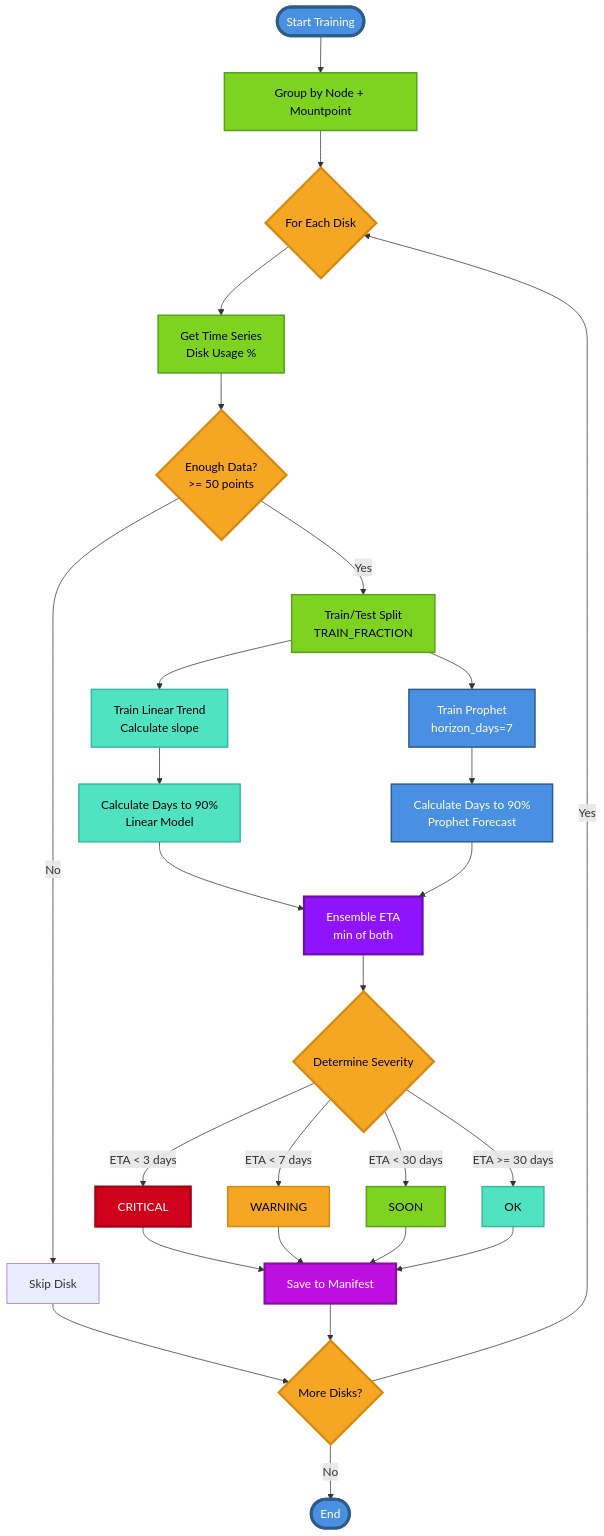
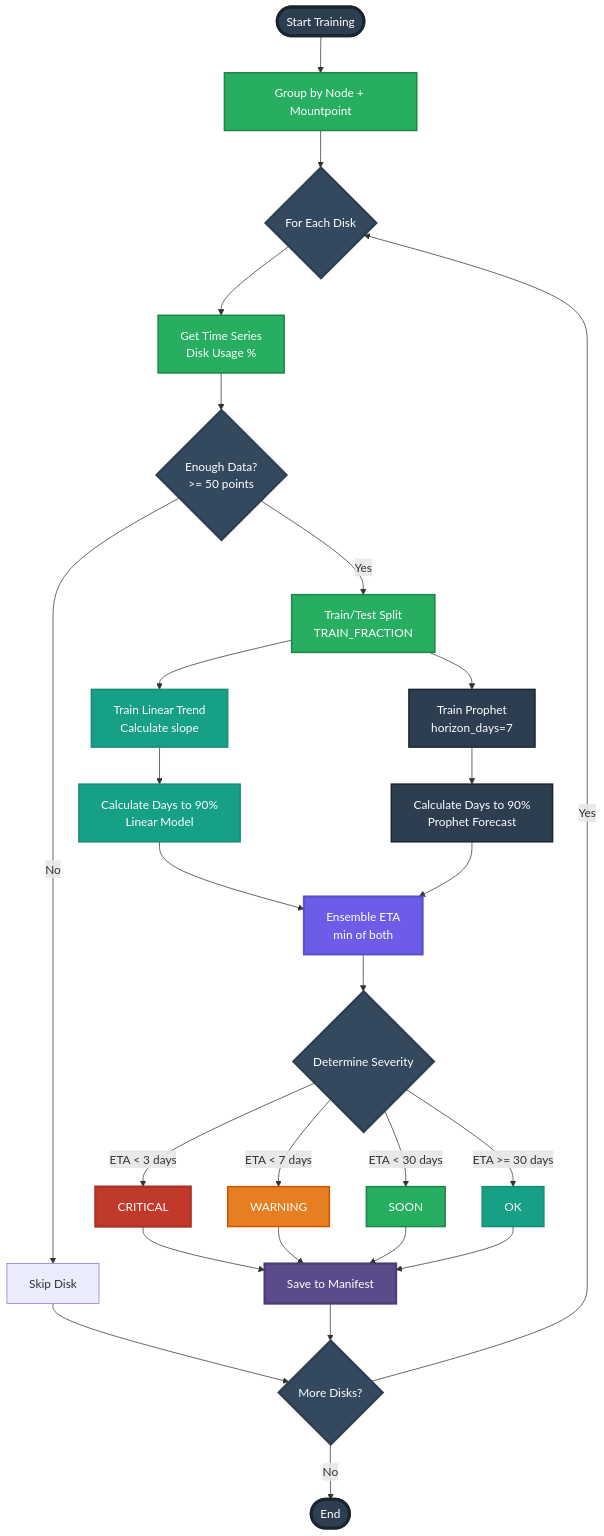
One commit to k8sautom8/metrics-ml changed the fifth of 11 diagrams in Docs/VISUAL_ARCHITECTURE_GUIDE.md. Above: the diagram before and after it, drawn with Mermaid. The commit also changed other lines of this file, not shown here.

````diff
--- a/Docs/VISUAL_ARCHITECTURE_GUIDE.md
+++ b/Docs/VISUAL_ARCHITECTURE_GUIDE.md
@@ -362,61 +363,61 @@
 ```mermaid
 flowchart TD
     Start([Start Training]) --> Group[Group by Node + Mountpoint]
     
     Group --> ForEach{For Each Disk}
     
     ForEach --> Data[Get Time Series<br/>Disk Usage %]
     
     Data --> Check{Enough Data?<br/>>= 50 points}
     Check -->|No| Skip[Skip Disk]
     Check -->|Yes| Split[Train/Test Split<br/>TRAIN_FRACTION]
     
     Split --> Linear[Train Linear Trend<br/>Calculate slope]
     Split --> Prophet[Train Prophet<br/>horizon_days=7]
     
     Linear --> LinearETA[Calculate Days to 90%<br/>Linear Model]
     Prophet --> ProphetETA[Calculate Days to 90%<br/>Prophet Forecast]
     
     LinearETA --> EnsembleETA[Ensemble ETA<br/>min of both]
     ProphetETA --> EnsembleETA
     
     EnsembleETA --> Severity{Determine Severity}
     Severity -->|ETA < 3 days| Critical[CRITICAL]
     Severity -->|ETA < 7 days| Warning[WARNING]
     Severity -->|ETA < 30 days| Soon[SOON]
     Severity -->|ETA >= 30 days| OK[OK]
     
     Critical --> Save[Save to Manifest]
     Warning --> Save
     Soon --> Save
     OK --> Save
     Skip --> Next{More Disks?}
     Save --> Next
     
     Next -->|Yes| ForEach
     Next -->|No| End([End])
     
-    classDef startEnd fill:#4A90E2,stroke:#2E5C8A,stroke-width:4px,color:#fff
-    classDef process fill:#7ED321,stroke:#5A9F1A,stroke-width:2px,color:#000
-    classDef decision fill:#F5A623,stroke:#D68910,stroke-width:3px,color:#000
-    classDef prophet fill:#4A90E2,stroke:#2E5C8A,stroke-width:2px,color:#fff
-    classDef linear fill:#50E3C2,stroke:#3AB89F,stroke-width:2px,color:#000
-    classDef ensemble fill:#9013FE,stroke:#6A0DAD,stroke-width:3px,color:#fff
-    classDef critical fill:#D0021B,stroke:#A00115,stroke-width:3px,color:#fff
-    classDef warning fill:#F5A623,stroke:#D68910,stroke-width:2px,color:#000
-    classDef soon fill:#7ED321,stroke:#5A9F1A,stroke-width:2px,color:#000
-    classDef ok fill:#50E3C2,stroke:#3AB89F,stroke-width:2px,color:#000
-    classDef save fill:#BD10E0,stroke:#8B0DA8,stroke-width:3px,color:#fff
+    classDef startEnd fill:#2C3E50,stroke:#1A252F,stroke-width:4px,color:#fff
+    classDef process fill:#27AE60,stroke:#1E8449,stroke-width:2px,color:#fff
+    classDef decision fill:#34495E,stroke:#2C3E50,stroke-width:3px,color:#fff
+    classDef prophet fill:#2C3E50,stroke:#1A252F,stroke-width:2px,color:#fff
+    classDef linear fill:#16A085,stroke:#138D75,stroke-width:2px,color:#fff
+    classDef ensemble fill:#6C5CE7,stroke:#5A4FCF,stroke-width:3px,color:#fff
+    classDef critical fill:#C0392B,stroke:#A93226,stroke-width:3px,color:#fff
+    classDef warning fill:#E67E22,stroke:#D35400,stroke-width:2px,color:#fff
+    classDef soon fill:#27AE60,stroke:#1E8449,stroke-width:2px,color:#fff
+    classDef ok fill:#16A085,stroke:#138D75,stroke-width:2px,color:#fff
+    classDef save fill:#5B4B8A,stroke:#4A3D73,stroke-width:3px,color:#fff
     
     class Start,End startEnd
     class Group,Data,Split process
     class ForEach,Check,Severity,Next decision
     class Prophet,ProphetETA prophet
     class Linear,LinearETA linear
     class EnsembleETA ensemble
     class Critical critical
     class Warning warning
     class Soon soon
     class OK ok
     class Save save
 ```
````
